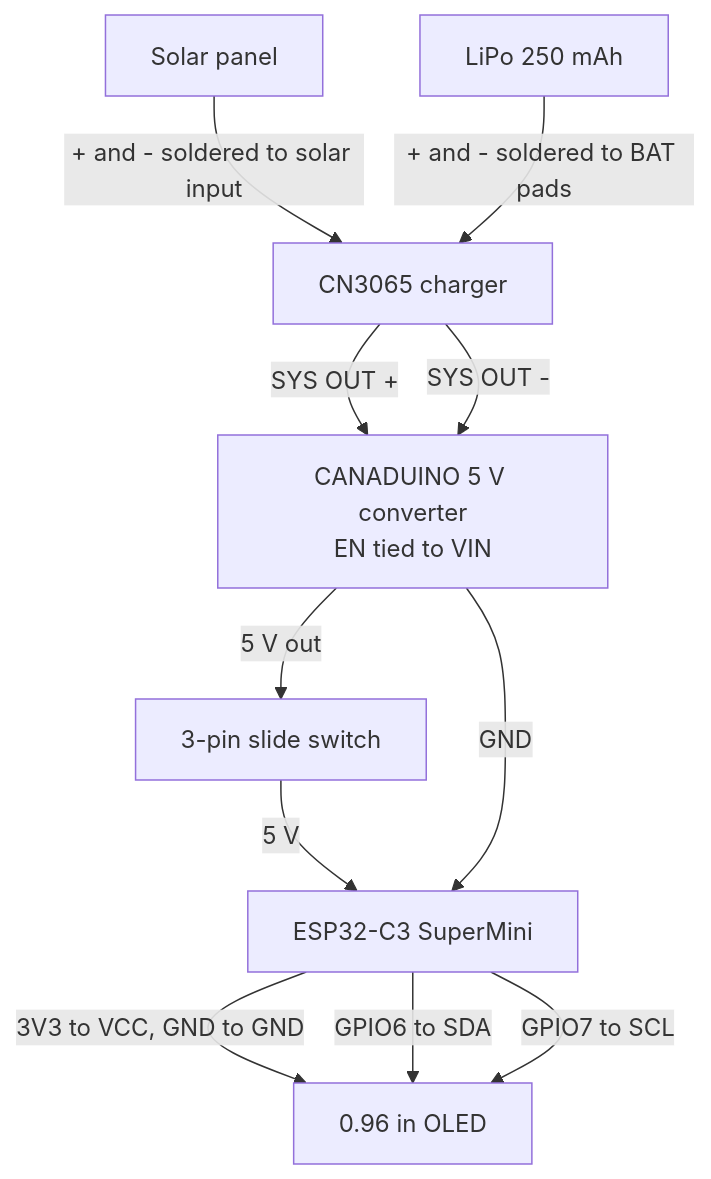
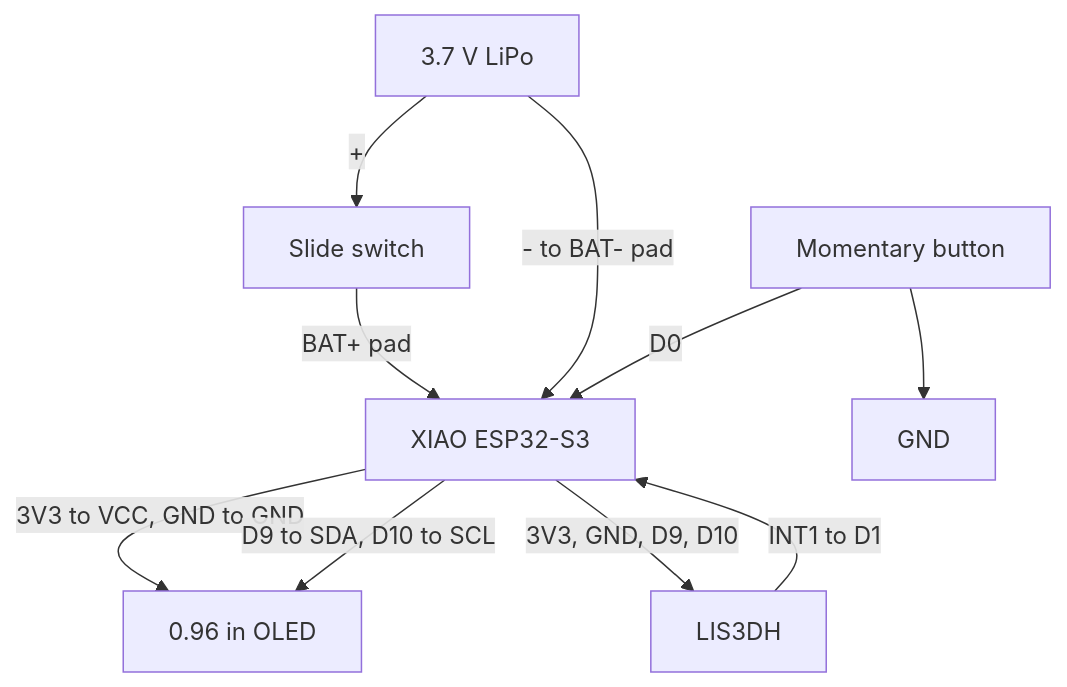
The third of 5 diagrams in README.md (hronkrobotics/solareyes), drawn with Mermaid before and after one commit. The commit also changed other lines of this file and 19 other files, not shown here.

First line of the commit message:
Version 2: XIAO ESP32-S3, USB-C charging, printed case, moods, and a dizzy mode

````diff
--- a/README.md
+++ b/README.md
@@ -135,21 +128,20 @@
 ```mermaid
 flowchart TD
-    PANEL["Solar panel"]
-    CN["CN3065 charger"]
-    CELL["LiPo 250 mAh"]
-    REG["CANADUINO 5 V converter<br/>EN tied to VIN"]
-    SW["3-pin slide switch"]
-    MCU["ESP32-C3 SuperMini"]
+    CELL["3.7 V LiPo"]
+    SW["Slide switch"]
+    MCU["XIAO ESP32-S3"]
     OLED["0.96 in OLED"]
+    ACC["LIS3DH"]
+    BTN["Momentary button"]
+    GND["GND"]
 
-    PANEL -->|"+ and - soldered to solar input"| CN
-    CELL -->|"+ and - soldered to BAT pads"| CN
-    CN -->|"SYS OUT +"| REG
-    CN -->|"SYS OUT -"| REG
-    REG -->|"5 V out"| SW
-    SW -->|"5 V"| MCU
-    REG -->|"GND"| MCU
+    CELL -->|"+"| SW
+    SW -->|"BAT+ pad"| MCU
+    CELL -->|"- to BAT- pad"| MCU
     MCU -->|"3V3 to VCC, GND to GND"| OLED
-    MCU -->|"GPIO6 to SDA"| OLED
-    MCU -->|"GPIO7 to SCL"| OLED
+    MCU -->|"D9 to SDA, D10 to SCL"| OLED
+    MCU -->|"3V3, GND, D9, D10"| ACC
+    ACC -->|"INT1 to D1"| MCU
+    BTN -->|"D0"| MCU
+    BTN --> GND
 ```
````
